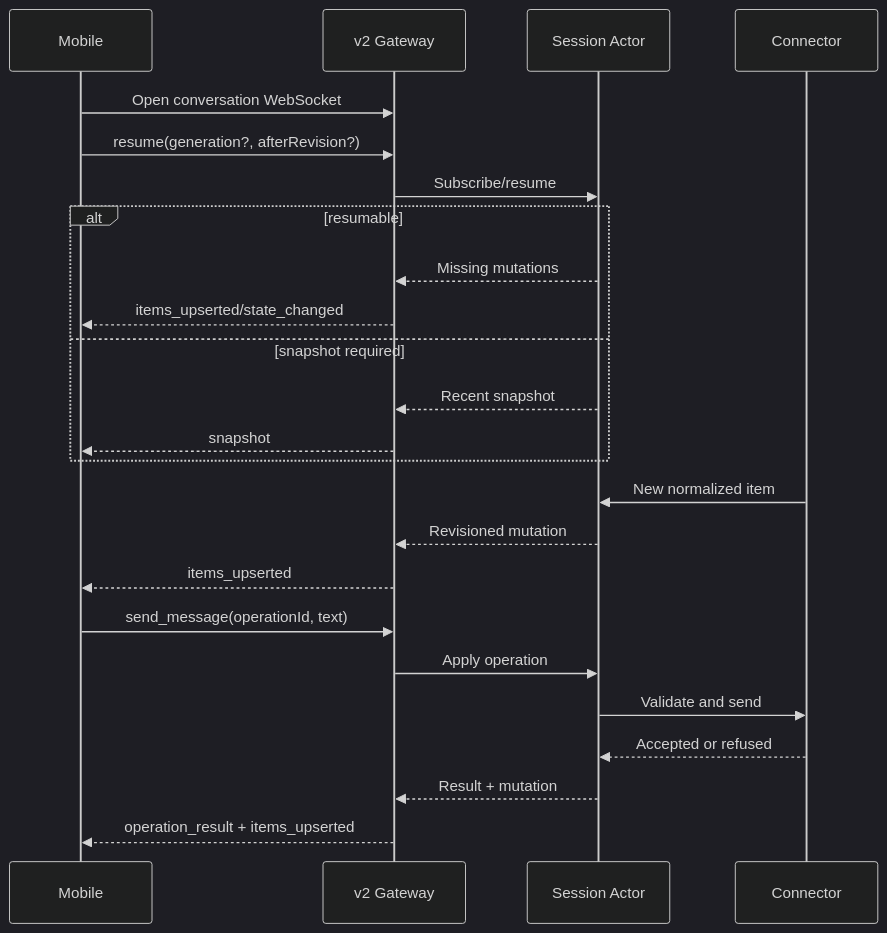
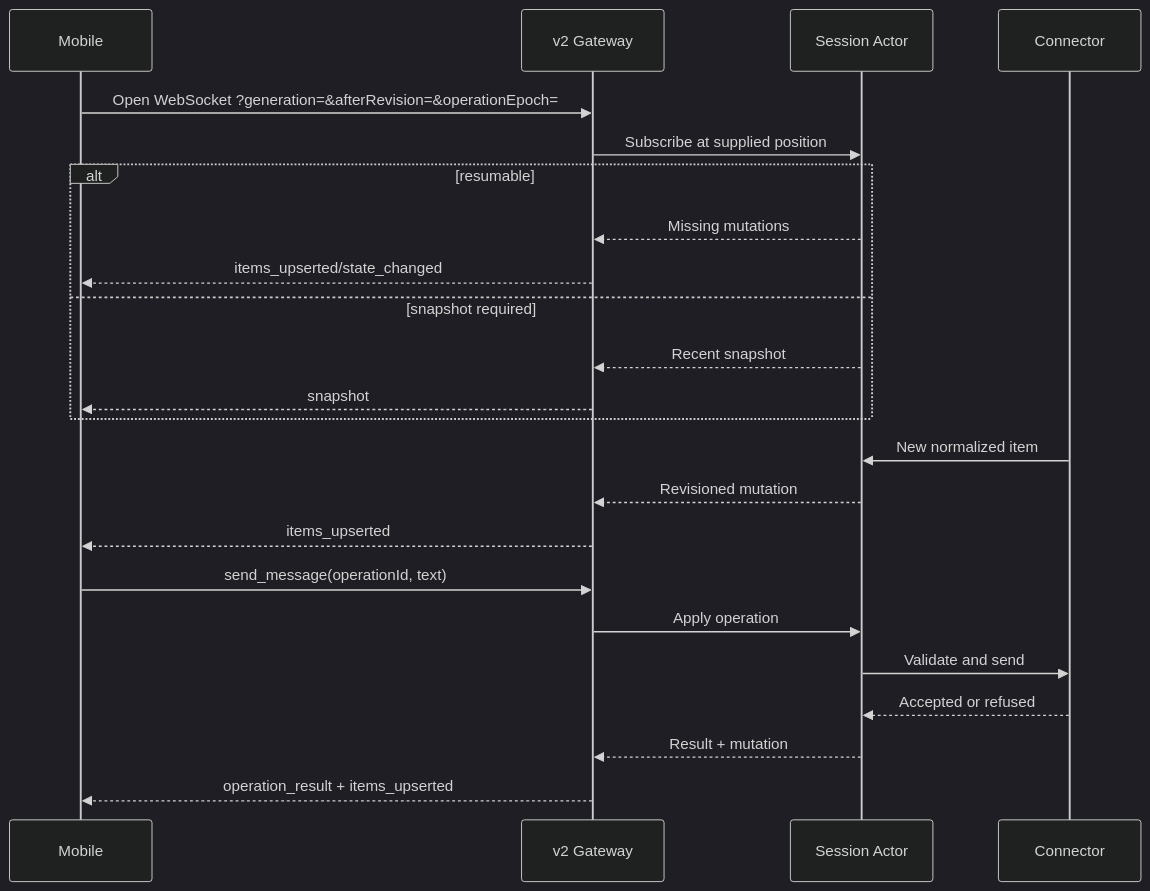
Before and after one commit to jchaselubitz/Latch: the second of 2 diagrams in planning/CONVERSATION_IMPLEMENTATION_PLAN.md, drawn with Mermaid (dark theme). The commit also changed other lines of this file and 155 other files, not shown here.

Commit message:
Update version to 0.2608210522.0 in Cargo.lock, Cargo.toml, and README.md; enhance LatchMobile with v2 Conversation Hub integration, including improved conversation handling, updated schemas, and removal of legacy event structures for a streamlined user experience.

````diff
--- a/planning/CONVERSATION_IMPLEMENTATION_PLAN.md
+++ b/planning/CONVERSATION_IMPLEMENTATION_PLAN.md
@@ -556,27 +510,26 @@
 ```mermaid
 sequenceDiagram
     participant M as Mobile
     participant G as v2 Gateway
     participant H as Session Actor
     participant C as Connector
 
-    M->>G: Open conversation WebSocket
-    M->>G: resume(generation?, afterRevision?)
-    G->>H: Subscribe/resume
+    M->>G: Open WebSocket ?generation=&afterRevision=&operationEpoch=
+    G->>H: Subscribe at supplied position
     alt resumable
         H-->>G: Missing mutations
         G-->>M: items_upserted/state_changed
     else snapshot required
         H-->>G: Recent snapshot
         G-->>M: snapshot
     end
     C->>H: New normalized item
     H-->>G: Revisioned mutation
     G-->>M: items_upserted
     M->>G: send_message(operationId, text)
     G->>H: Apply operation
     H->>C: Validate and send
     C-->>H: Accepted or refused
     H-->>G: Result + mutation
     G-->>M: operation_result + items_upserted
 ```
````
